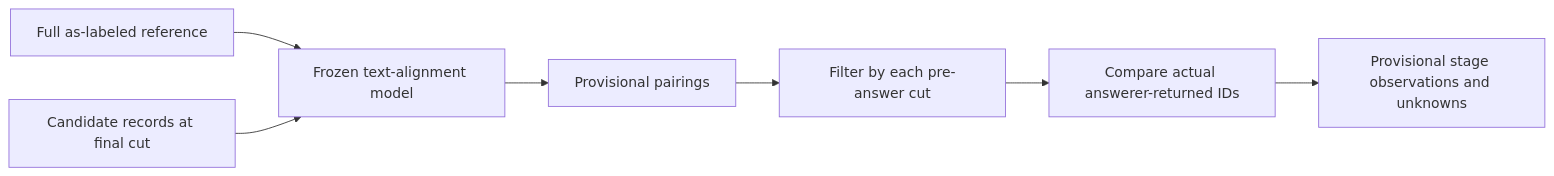
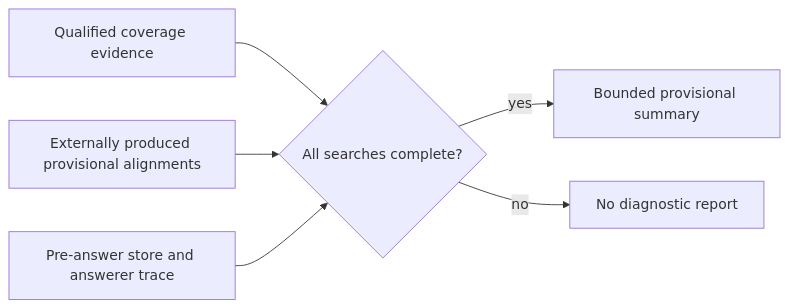
One commit to Token-Smelter/source-memory changed the diagram in pi-extension/evaluation/stage-alignment-method.md. Above: the diagram before and after it, drawn with Mermaid. The commit also changed other lines of this file and 6 other files, not shown here.

Commit message:
Require qualified inputs for provisional stage summaries

````diff
--- a/pi-extension/evaluation/stage-alignment-method.md
+++ b/pi-extension/evaluation/stage-alignment-method.md
@@ -5,9 +5,8 @@
 ```mermaid
 flowchart LR
-  R["Full as-labeled reference"] --> M["Frozen text-alignment model"]
-  C["Candidate records at final cut"] --> M
-  M --> P["Provisional pairings"]
-  P --> S["Filter by each pre-answer cut"]
-  S --> T["Compare actual answerer-returned IDs"]
-  T --> D["Provisional stage observations and unknowns"]
+    Run["Qualified coverage evidence"] --> Gate{"All searches complete?"}
+    Align["Externally produced provisional alignments"] --> Gate
+    Cut["Pre-answer store and answerer trace"] --> Gate
+    Gate -->|"yes"| Summary["Bounded provisional summary"]
+    Gate -->|"no"| Refuse["No diagnostic report"]
 ```
````
